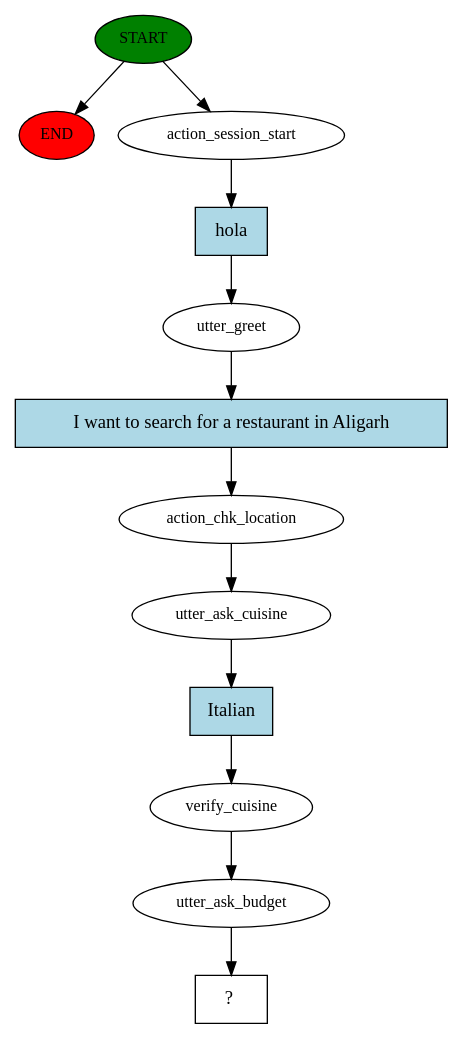
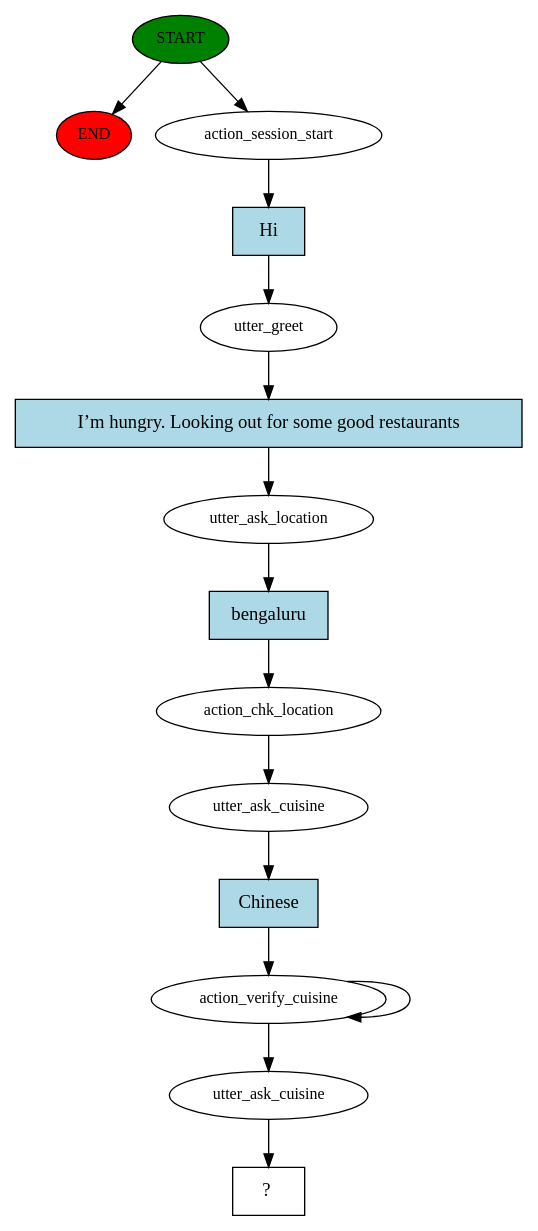
Before and after one commit to vibhorgoyal18/RASA_Chatbot: the diagram in story_graph.dot, drawn with Graphviz. The commit also changed 3 other files, not shown here.

```diff
--- a/story_graph.dot
+++ b/story_graph.dot
@@ -1,25 +1,30 @@
 digraph  {
 0 [class="start active", fillcolor=green, fontsize=12, label=START, style=filled];
 "-1" [class=end, fillcolor=red, fontsize=12, label=END, style=filled];
 1 [class=active, fontsize=12, label=action_session_start];
 2 [class=active, fontsize=12, label=utter_greet];
-3 [class=active, fontsize=12, label=action_chk_location];
-4 [class=active, fontsize=12, label=utter_ask_cuisine];
-5 [class=active, fontsize=12, label=verify_cuisine];
-6 [class=active, fontsize=12, label=utter_ask_budget];
-7 [class="intent dashed active", label="  ?  ", shape=rect];
-8 [class="intent active", fillcolor=lightblue, label=hola, shape=rect, style=filled];
-9 [class="intent active", fillcolor=lightblue, label="I want to search for a restaurant in Aligarh", shape=rect, style=filled];
-10 [class="intent active", fillcolor=lightblue, label=Italian, shape=rect, style=filled];
+3 [class=active, fontsize=12, label=utter_ask_location];
+4 [class=active, fontsize=12, label=action_chk_location];
+5 [class=active, fontsize=12, label=utter_ask_cuisine];
+6 [class=active, fontsize=12, label=action_verify_cuisine];
+8 [class=active, fontsize=12, label=utter_ask_cuisine];
+9 [class="intent dashed active", label="  ?  ", shape=rect];
+10 [class="intent active", fillcolor=lightblue, label=Hi, shape=rect, style=filled];
+11 [class="intent active", fillcolor=lightblue, label="I’m hungry. Looking out for some good restaurants", shape=rect, style=filled];
+12 [class="intent active", fillcolor=lightblue, label=bengaluru, shape=rect, style=filled];
+13 [class="intent active", fillcolor=lightblue, label=Chinese, shape=rect, style=filled];
 0 -> "-1"  [class="", key=NONE, label=""];
 0 -> 1  [class=active, key=NONE, label=""];
-1 -> 8  [class=active, key=0];
-2 -> 9  [class=active, key=0];
-3 -> 4  [class=active, key=NONE, label=""];
-4 -> 10  [class=active, key=0];
-5 -> 6  [class=active, key=NONE, label=""];
-6 -> 7  [class=active, key=NONE, label=""];
-8 -> 2  [class=active, key=0];
-9 -> 3  [class=active, key=0];
-10 -> 5  [class=active, key=0];
+1 -> 10  [class=active, key=0];
+2 -> 11  [class=active, key=0];
+3 -> 12  [class=active, key=0];
+4 -> 5  [class=active, key=NONE, label=""];
+5 -> 13  [class=active, key=0];
+6 -> 8  [class=active, key=NONE, label=""];
+6 -> 6  [class=active, key=NONE, label=""];
+8 -> 9  [class=active, key=NONE, label=""];
+10 -> 2  [class=active, key=0];
+11 -> 3  [class=active, key=0];
+12 -> 4  [class=active, key=0];
+13 -> 6  [class=active, key=0];
 }
```
